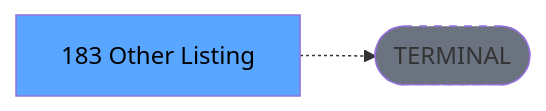
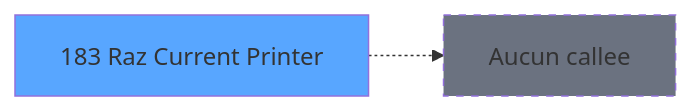
Before and after one commit to thonyAGP/magic-migration: the third of 3 diagrams in .openspec/specs/ADH-IDE-183.md, drawn with Mermaid. The commit also changed other lines of this file and 311 other files, not shown here.

````diff
--- a/.openspec/specs/ADH-IDE-183.md
+++ b/.openspec/specs/ADH-IDE-183.md
@@ -138,8 +126,8 @@
 ```mermaid
 graph LR
-    T[183 Other Listing]
-    TERM([TERMINAL])
-    T -.-> TERM
-    style TERM fill:#6b7280,stroke-dasharray: 5 5
-    style T fill:#58a6ff,color:#000
+    T183[183 Raz Current Printer]
+    style T183 fill:#58a6ff
+    NONE[Aucun callee]
+    T183 -.-> NONE
+    style NONE fill:#6b7280,stroke-dasharray: 5 5
 ```
````
